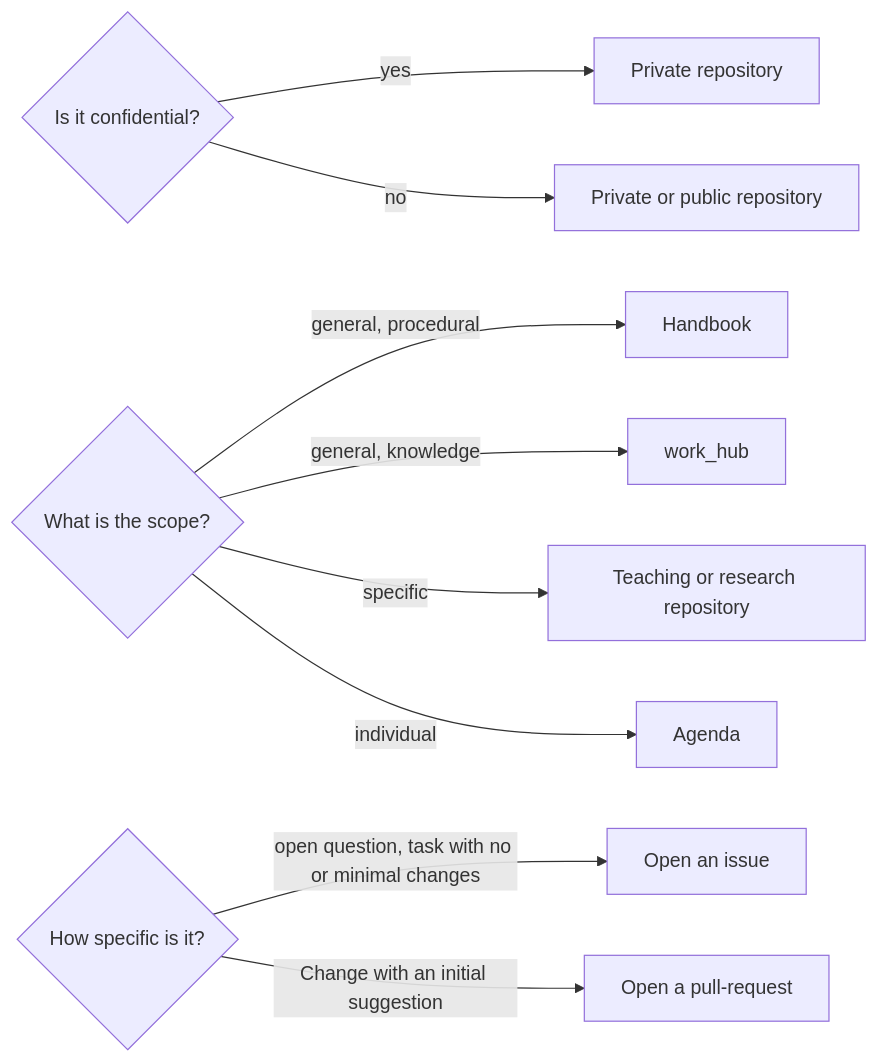
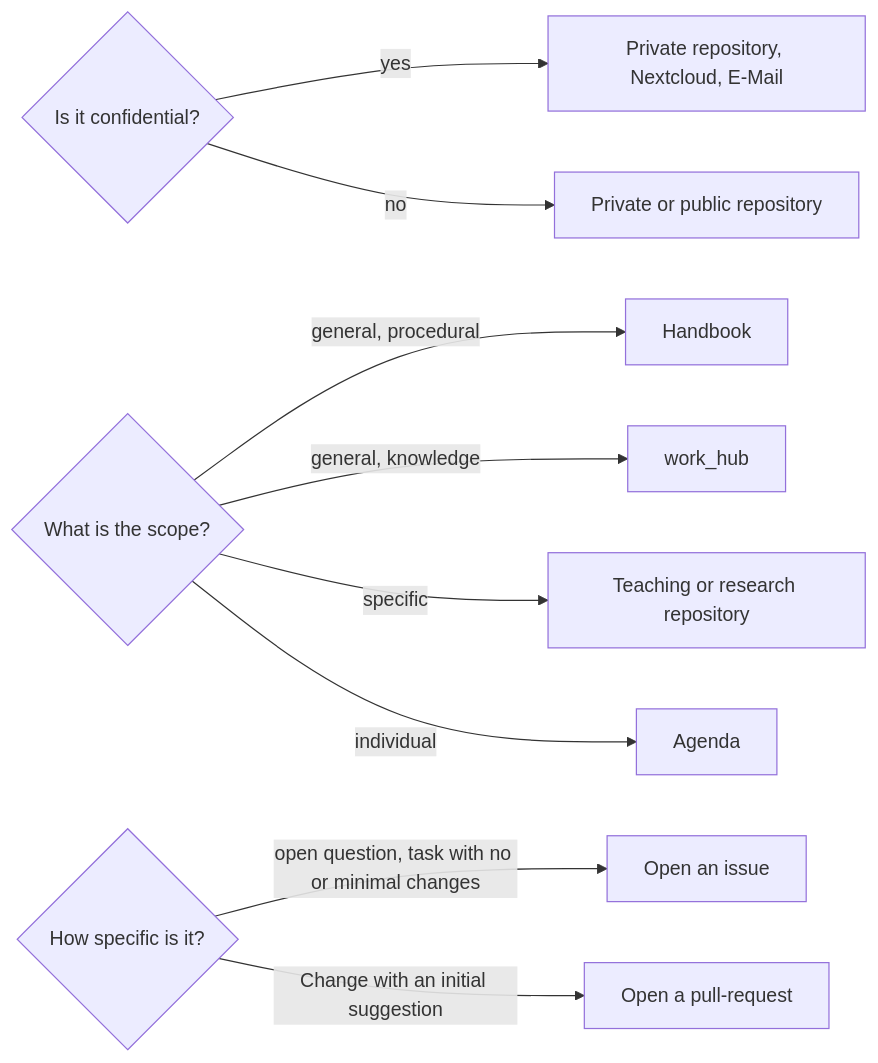
One commit to digital-work-lab/handbook changed the diagram in docs/10-lab/10_processes/10.04.sop.md. Above: the diagram before and after it, drawn with Mermaid.

````diff
--- a/docs/10-lab/10_processes/10.04.sop.md
+++ b/docs/10-lab/10_processes/10.04.sop.md
@@ -54,16 +54,16 @@
 ```mermaid
 flowchart LR
     B{Is it confidential?}
-    B -->|yes| C["Private repository"]
+    B -->|yes| C["Private repository, Nextcloud, E-Mail"]
     B -->|no| D["Private or public repository"]
 
     E{What is the scope?}
     E -->|general, procedural| F["Handbook"]
     E -->|general, knowledge| G["work_hub"]
     E -->|specific| H["Teaching or research repository"]
     E -->|individual| P["Agenda"]
 
     J{How specific is it?}
     J -->|open question, task with no or minimal changes| K["Open an issue"]
     J -->|Change with an initial suggestion| L["Open a pull-request"]
 ```
````
